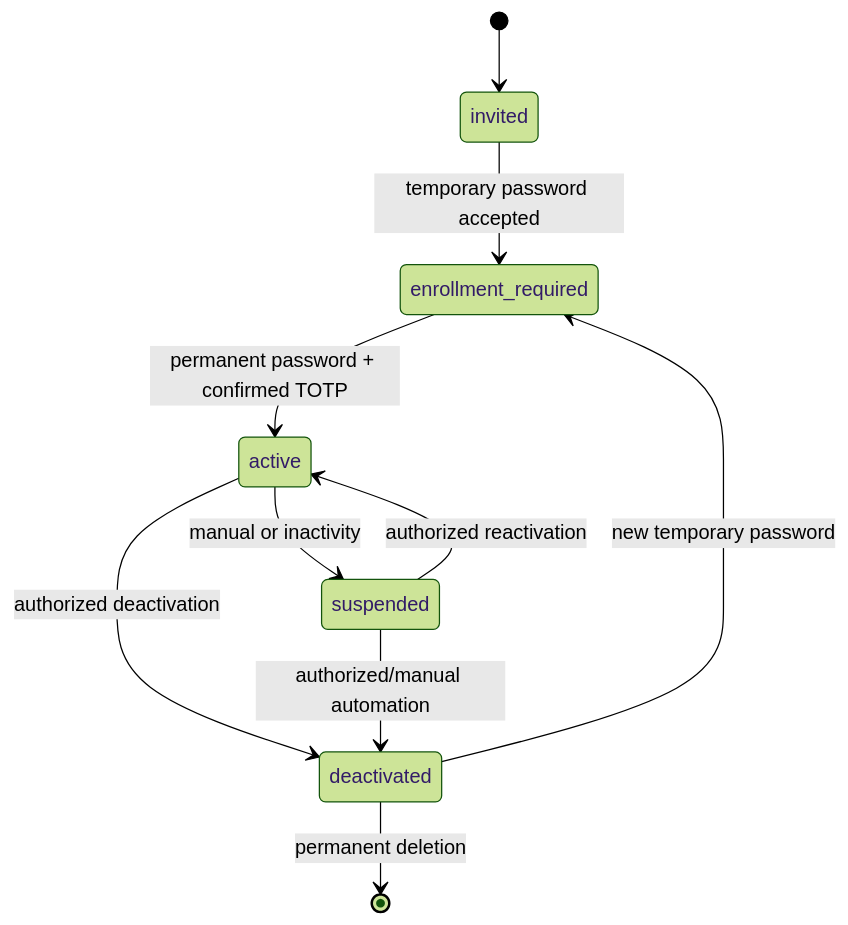
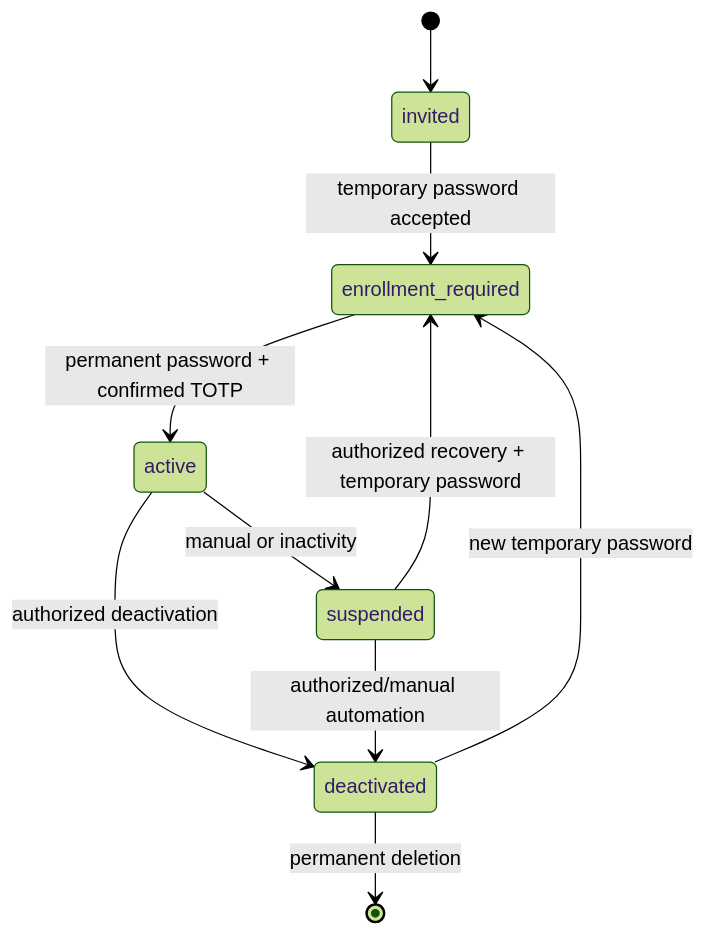
The first of 3 diagrams in docs/architecture/v2/identity-oauth.md (mrworf/secretsauce-mcp), drawn with Mermaid (forest theme) before and after one commit. The commit also changed 8 other files, not shown here.

Commit message:
Document complete recovery enrollment

````diff
--- a/docs/architecture/v2/identity-oauth.md
+++ b/docs/architecture/v2/identity-oauth.md
@@ -5,12 +5,12 @@
 ```mermaid
 stateDiagram-v2
   [*] --> invited
   invited --> enrollment_required: temporary password accepted
   enrollment_required --> active: permanent password + confirmed TOTP
   active --> suspended: manual or inactivity
-  suspended --> active: authorized reactivation
+  suspended --> enrollment_required: authorized recovery + temporary password
   active --> deactivated: authorized deactivation
   suspended --> deactivated: authorized/manual automation
   deactivated --> enrollment_required: new temporary password
   deactivated --> [*]: permanent deletion
 ```
````
